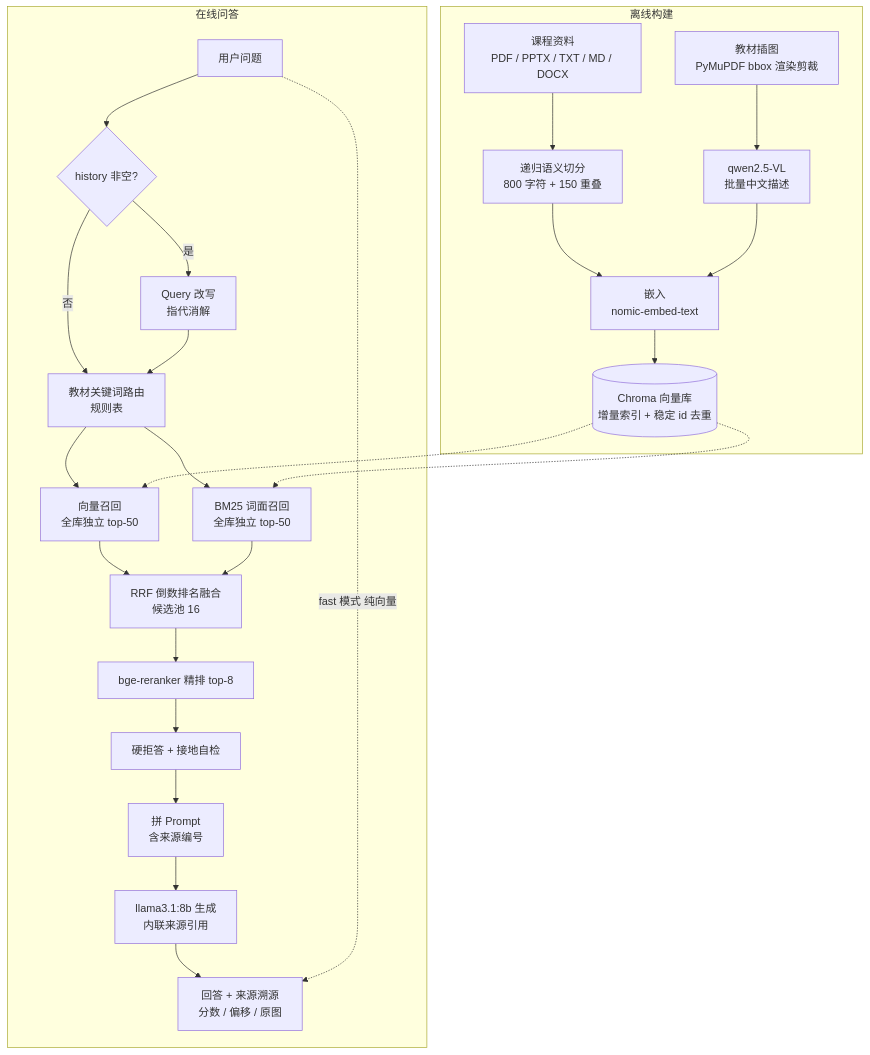
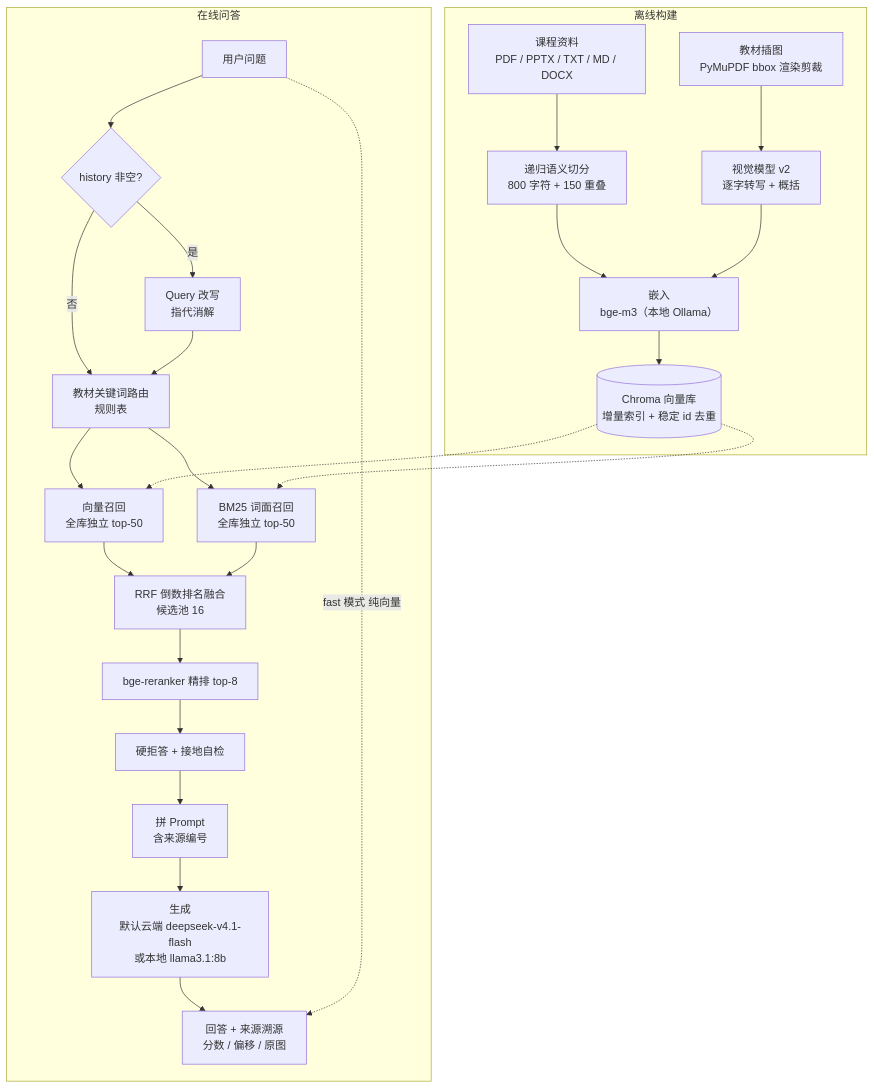
Before and after one commit to fenxidapao/CourseRAG: the diagram in README.md, drawn with Mermaid. The commit also changed other lines of this file and 39 other files, not shown here.

````diff
--- a/README.md
+++ b/README.md
@@ -467,30 +484,30 @@
 ```mermaid
 flowchart TB
     subgraph 离线构建
         A[课程资料<br/>PDF / PPTX / TXT / MD / DOCX] --> B[递归语义切分<br/>800 字符 + 150 重叠]
-        B --> C[嵌入<br/>nomic-embed-text]
-        IMG[教材插图<br/>PyMuPDF bbox 渲染剪裁] --> CAP[qwen2.5-VL<br/>批量中文描述]
+        B --> C[嵌入<br/>bge-m3（本地 Ollama）]
+        IMG[教材插图<br/>PyMuPDF bbox 渲染剪裁] --> CAP[视觉模型 v2<br/>逐字转写 + 概括]
         CAP --> C
         C --> D[(Chroma 向量库<br/>增量索引 + 稳定 id 去重)]
     end
 
     subgraph 在线问答
         Q[用户问题] --> RW{history 非空?}
         RW -->|是| W[Query 改写<br/>指代消解]
         RW -->|否| RT[教材关键词路由<br/>规则表]
         W --> RT
         RT --> V[向量召回<br/>全库独立 top-50]
         RT --> M[BM25 词面召回<br/>全库独立 top-50]
         V --> F[RRF 倒数排名融合<br/>候选池 16]
         M --> F
         F --> RR[bge-reranker 精排 top-8]
         RR --> GATE[硬拒答 + 接地自检]
         GATE --> P[拼 Prompt<br/>含来源编号]
-        P --> L[llama3.1:8b 生成<br/>内联来源引用]
+        P --> L[生成<br/>默认云端 deepseek-v4.1-flash<br/>或本地 llama3.1:8b]
         L --> ANS[回答 + 来源溯源<br/>分数 / 偏移 / 原图]
     end
 
     D -.-> V
     D -.-> M
     Q -.->|fast 模式 纯向量| ANS
 ```
````
